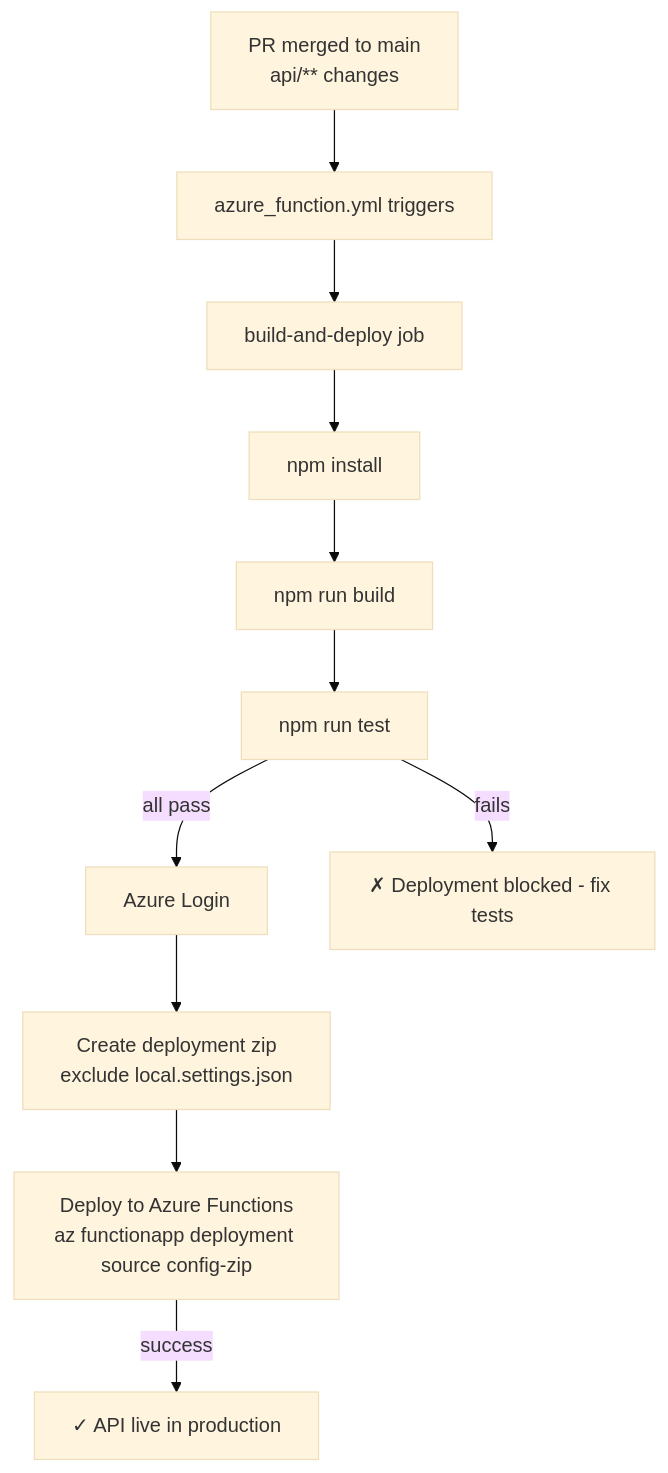
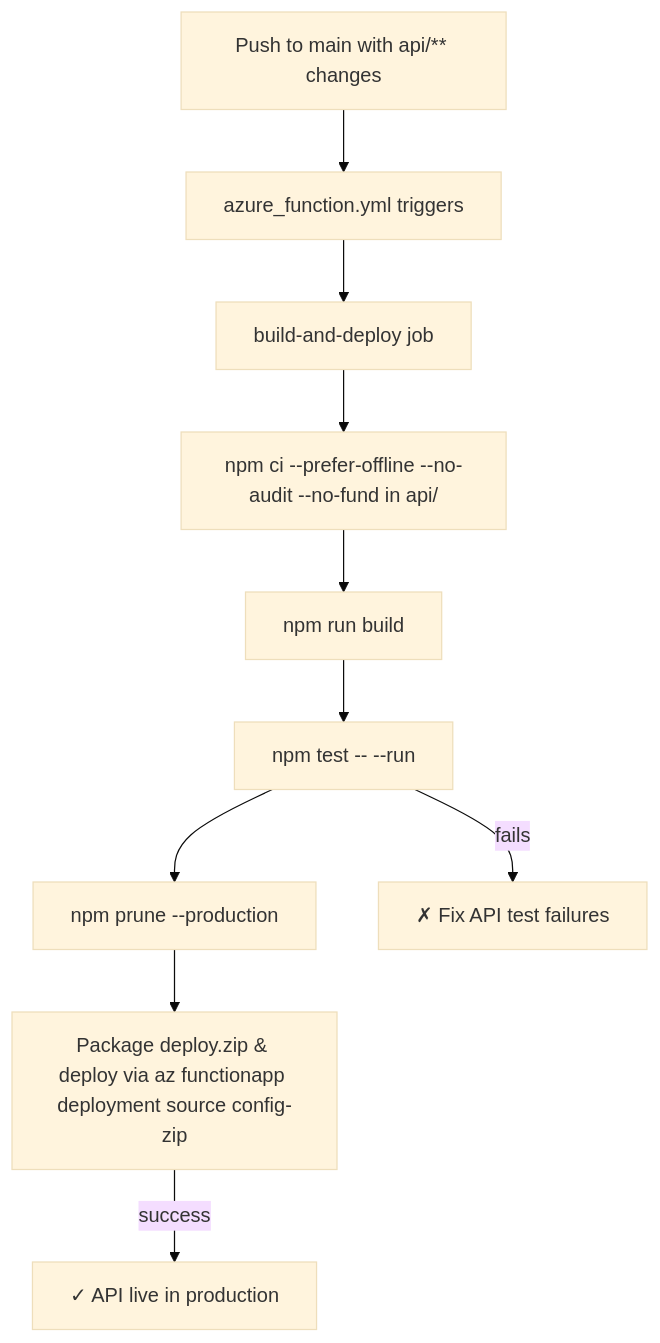
The third of 3 diagrams in docs/devops_practice.md (victoriacheng15/cover-craft), drawn with Mermaid (base theme) before and after one commit. The commit also changed other lines of this file and 1 other file, not shown here.

````diff
--- a/docs/devops_practice.md
+++ b/docs/devops_practice.md
@@ -188,13 +158,12 @@
 ```mermaid
 graph TD
-    A["PR merged to main<br/>api/** changes"] --> B["azure_function.yml triggers"]
+    A["Push to main with api/** changes"] --> B["azure_function.yml triggers"]
     B --> C["build-and-deploy job"]
-    C --> D["npm install"]
+    C --> D["npm ci --prefer-offline --no-audit --no-fund in api/"]
     D --> E["npm run build"]
-    E --> F["npm run test"]
-    F -->|all pass| G["Azure Login"]
-    G --> H["Create deployment zip<br/>exclude local.settings.json"]
-    H --> I["Deploy to Azure Functions<br/>az functionapp deployment source config-zip"]
-    I -->|success| J["✓ API live in production"]
-    F -->|fails| K["✗ Deployment blocked - fix tests"]
+    E --> F["npm test -- --run"]
+    F --> G["npm prune --production"]
+    G --> H["Package deploy.zip & deploy via az functionapp deployment source config-zip"]
+    H -->|success| I["✓ API live in production"]
+    F -->|fails| J["✗ Fix API test failures"]
 ```
````
